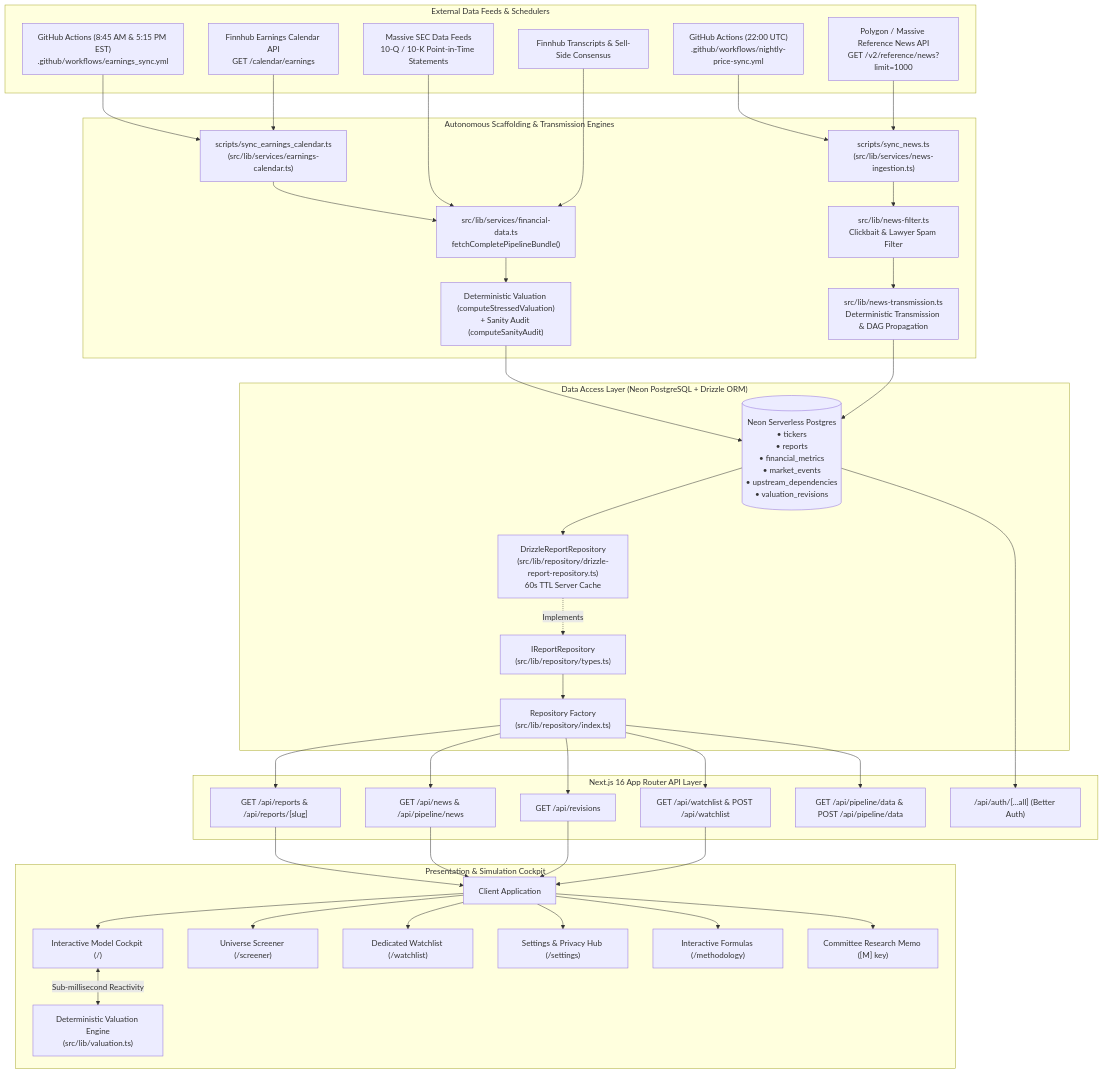
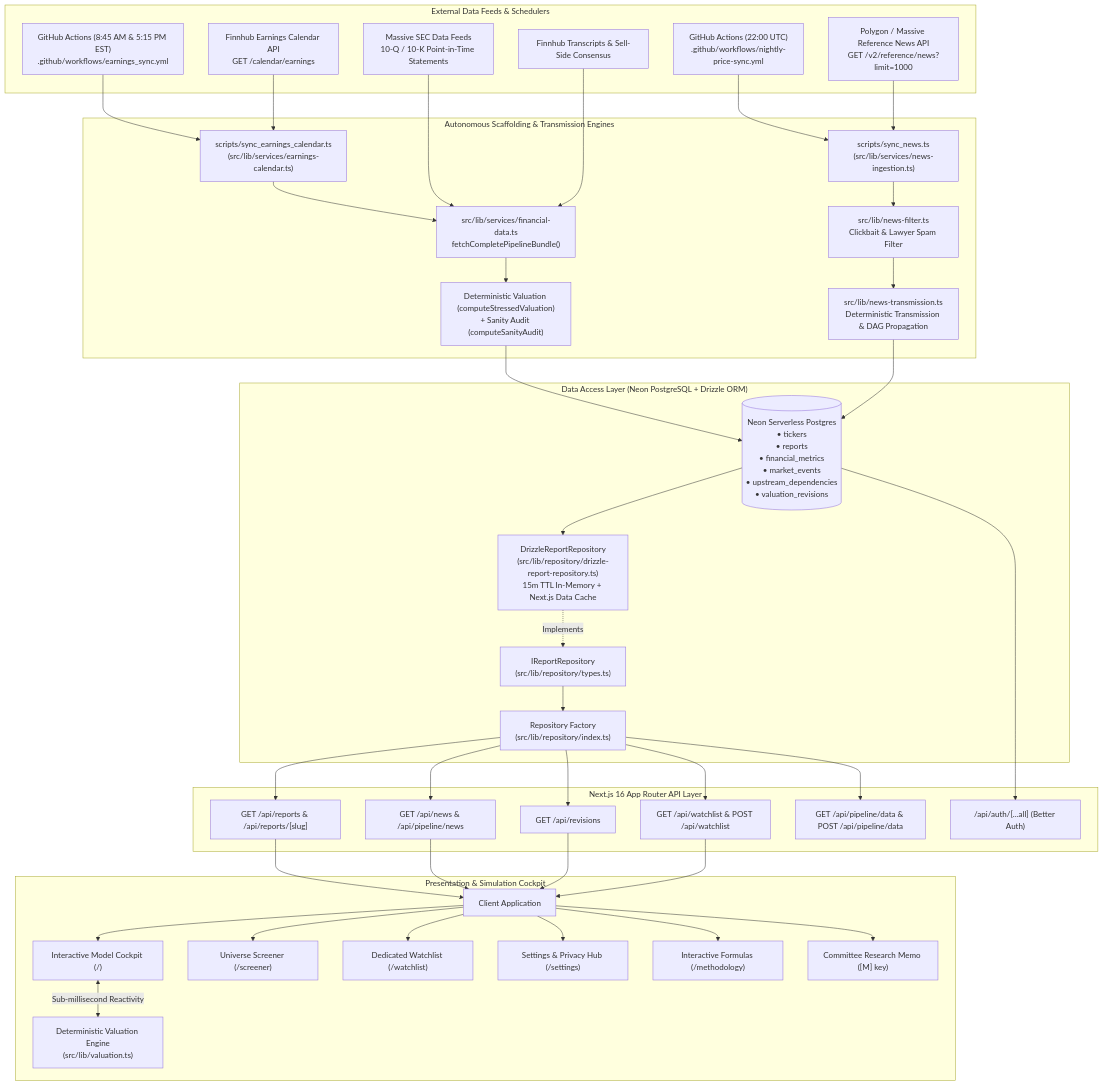
The first of 9 diagrams in docs/architecture.md (phanturne/stress-alpha), drawn with Mermaid before and after one commit. The commit also changed other lines of this file and 18 other files, not shown here.

First line of the commit message:
fix(db): slash neon network egress via sql scalar projection and lazy report loading (#10)

````diff
--- a/docs/architecture.md
+++ b/docs/architecture.md
@@ -28,54 +28,54 @@
 ```mermaid
 flowchart TB
     subgraph DataSources["External Data Feeds & Schedulers"]
         FinnhubCal["Finnhub Earnings Calendar API\nGET /calendar/earnings"]
         PolygonNews["Polygon / Massive Reference News API\nGET /v2/reference/news?limit=1000"]
         MassiveSEC["Massive SEC Data Feeds\n10-Q / 10-K Point-in-Time Statements"]
         FinnhubTranscripts["Finnhub Transcripts & Sell-Side Consensus"]
         CronEarnings["GitHub Actions (8:45 AM & 5:15 PM EST)\n.github/workflows/earnings_sync.yml"]
         CronNightly["GitHub Actions (22:00 UTC)\n.github/workflows/nightly-price-sync.yml"]
     end
 
     subgraph AutonomousEngines["Autonomous Scaffolding & Transmission Engines"]
         CronEarnings --> IngestCal["scripts/sync_earnings_calendar.ts\n(src/lib/services/earnings-calendar.ts)"]
         FinnhubCal --> IngestCal
         IngestCal --> Scaffolder["src/lib/services/financial-data.ts\nfetchCompletePipelineBundle()"]
         MassiveSEC & FinnhubTranscripts --> Scaffolder
         Scaffolder --> EvalPipeline["Deterministic Valuation (computeStressedValuation)\n+ Sanity Audit (computeSanityAudit)"]
 
         CronNightly --> IngestNews["scripts/sync_news.ts\n(src/lib/services/news-ingestion.ts)"]
         PolygonNews --> IngestNews
         IngestNews --> NewsFilter["src/lib/news-filter.ts\nClickbait & Lawyer Spam Filter"]
         NewsFilter --> NewsTransmission["src/lib/news-transmission.ts\nDeterministic Transmission & DAG Propagation"]
     end
 
     subgraph StorageLayer["Data Access Layer (Neon PostgreSQL + Drizzle ORM)"]
         EvalPipeline --> NeonDB[("Neon Serverless Postgres\n• tickers\n• reports\n• financial_metrics\n• market_events\n• upstream_dependencies\n• valuation_revisions")]
         NewsTransmission --> NeonDB
         
-        NeonDB --> DAL["DrizzleReportRepository\n(src/lib/repository/drizzle-report-repository.ts)\n60s TTL Server Cache"]
+        NeonDB --> DAL["DrizzleReportRepository\n(src/lib/repository/drizzle-report-repository.ts)\n15m TTL In-Memory + Next.js Data Cache"]
         DAL -.->|"Implements"| IRepo["IReportRepository\n(src/lib/repository/types.ts)"]
         IRepo --> Factory["Repository Factory\n(src/lib/repository/index.ts)"]
     end
 
     subgraph APILayer["Next.js 16 App Router API Layer"]
         Factory --> APIReports["GET /api/reports & /api/reports/[slug]"]
         Factory --> APINews["GET /api/news & /api/pipeline/news"]
         Factory --> APIRevisions["GET /api/revisions"]
         Factory --> APIWatchlist["GET /api/watchlist & POST /api/watchlist"]
         Factory --> APIPipeline["GET /api/pipeline/data & POST /api/pipeline/data"]
         NeonDB --> APIAuth["/api/auth/[...all] (Better Auth)"]
     end
 
     subgraph PresentationLayer["Presentation & Simulation Cockpit"]
         APIReports & APINews & APIRevisions & APIWatchlist --> ClientPages["Client Application"]
         ClientPages --> Dashboard["Interactive Model Cockpit (/)"]
         ClientPages --> Screener["Universe Screener (/screener)"]
         ClientPages --> Watchlist["Dedicated Watchlist (/watchlist)"]
         ClientPages --> Settings["Settings & Privacy Hub (/settings)"]
         ClientPages --> Methodology["Interactive Formulas (/methodology)"]
         ClientPages --> Memo["Committee Research Memo ([M] key)"]
 
         Dashboard <-->|"Sub-millisecond Reactivity"| ValEngine["Deterministic Valuation Engine\n(src/lib/valuation.ts)"]
     end
 ```
````
